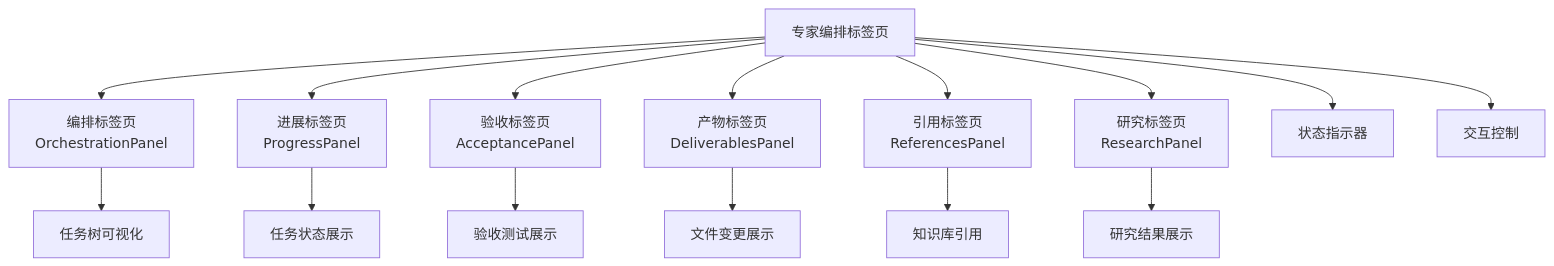
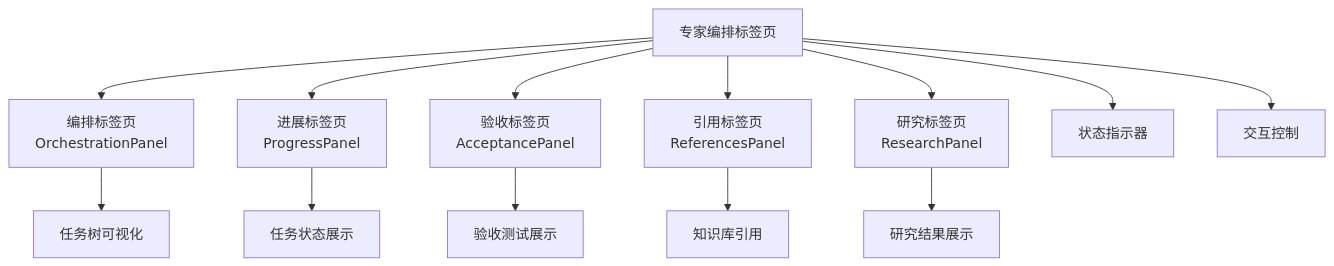
One commit to coconilu/RepoHelm changed diagram 13 of 23 in .qoder/repowiki/zh/content/Web 前端应用/Web 前端应用.md. Above: the diagram before and after it, drawn with Mermaid. The commit also changed other lines of this file and 7 other files, not shown here.

First line of the commit message:
Docs: add streaming Spec UI, remove Deliverables tab

````diff
--- a/.qoder/repowiki/zh/content/Web 前端应用/Web 前端应用.md
+++ b/.qoder/repowiki/zh/content/Web 前端应用/Web 前端应用.md
@@ -810,17 +869,15 @@
 ```mermaid
 flowchart TD
 ExpertTab["专家编排标签页"] --> Orchestration["编排标签页<br/>OrchestrationPanel"]
 ExpertTab --> Progress["进展标签页<br/>ProgressPanel"]
 ExpertTab --> Acceptance["验收标签页<br/>AcceptancePanel"]
-ExpertTab --> Deliverables["产物标签页<br/>DeliverablesPanel"]
 ExpertTab --> References["引用标签页<br/>ReferencesPanel"]
 ExpertTab --> Research["研究标签页<br/>ResearchPanel"]
 Orchestration --> TaskTree["任务树可视化"]
 Progress --> TaskStatus["任务状态展示"]
 Acceptance --> TestCases["验收测试展示"]
-Deliverables --> FileChanges["文件变更展示"]
 References --> KnowledgeRefs["知识库引用"]
 Research --> ResearchResults["研究结果展示"]
 ExpertTab --> StatusIndicator["状态指示器"]
 ExpertTab --> InteractionControls["交互控制"]
 ```
````
